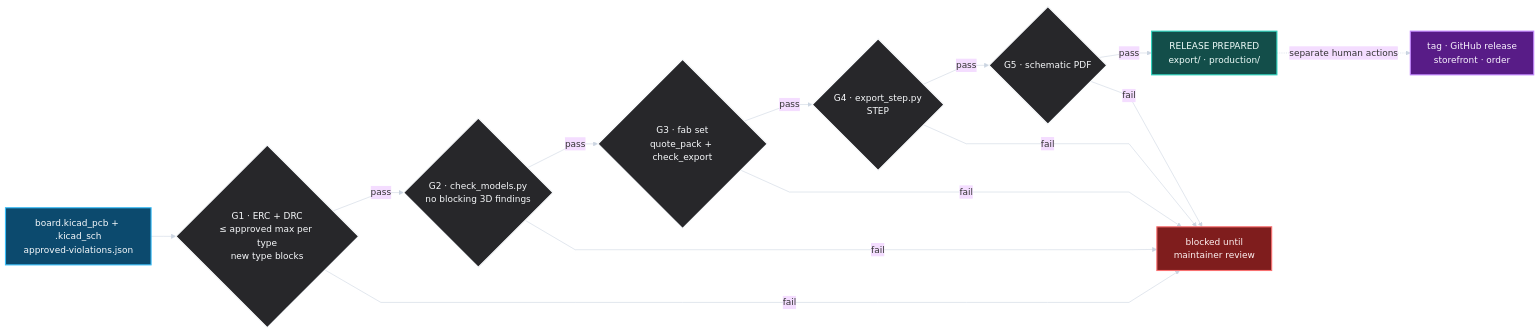
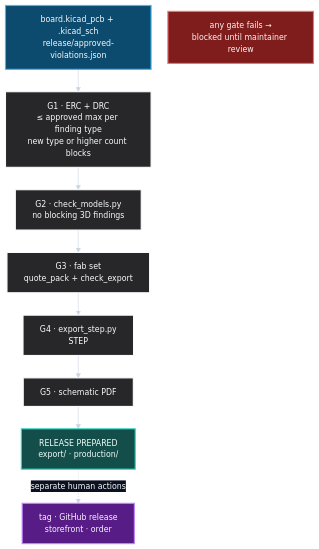
The third of 7 diagrams in OVERVIEW.md (incutec-org/hardware-tooling), drawn with Mermaid before and after one commit. The commit also changed other lines of this file, not shown here.

````diff
--- a/OVERVIEW.md
+++ b/OVERVIEW.md
@@ -130,30 +124,26 @@
 ```mermaid
-%%{init: {"theme": "base", "themeVariables": {"background": "#0b1120", "lineColor": "#cbd5e1", "fontFamily": "Inter, ui-sans-serif, system-ui"}, "flowchart": {"curve": "linear", "nodeSpacing": 26, "rankSpacing": 44}}}%%
-flowchart LR
-    IN["board.kicad_pcb + .kicad_sch<br/>approved-violations.json"]
-    IN --> G1{"G1 · ERC + DRC<br/>≤ approved max per type<br/>new type blocks"}
-    G1 -->|"pass"| G2{"G2 · check_models.py<br/>no blocking 3D findings"}
-    G2 -->|"pass"| G3{"G3 · fab set<br/>quote_pack + check_export"}
-    G3 -->|"pass"| G4{"G4 · export_step.py<br/>STEP"}
-    G4 -->|"pass"| G5{"G5 · schematic PDF"}
-    G5 -->|"pass"| PREP["RELEASE PREPARED<br/>export/ · production/"]
+%%{init: {"theme": "base", "themeVariables": {"background": "#0b1120", "lineColor": "#cbd5e1", "primaryTextColor": "#f8fafc", "edgeLabelBackground": "#0b1120", "fontSize": "14px"}, "flowchart": {"curve": "linear", "nodeSpacing": 30, "rankSpacing": 40}}}%%
+flowchart TB
+    IN["board.kicad_pcb + .kicad_sch<br/>release/approved-violations.json"]
+    IN --> G1["G1 · ERC + DRC<br/>≤ approved max per finding type<br/>new type or higher count blocks"]
+    G1 --> G2["G2 · check_models.py<br/>no blocking 3D findings"]
+    G2 --> G3["G3 · fab set<br/>quote_pack + check_export"]
+    G3 --> G4["G4 · export_step.py<br/>STEP"]
+    G4 --> G5["G5 · schematic PDF"]
+    G5 --> PREP["RELEASE PREPARED<br/>export/ · production/"]
     PREP -.->|"separate human actions"| PUB["tag · GitHub release<br/>storefront · order"]
 
-    G1 -->|"fail"| STOP["blocked until<br/>maintainer review"]
-    G2 -->|"fail"| STOP
-    G3 -->|"fail"| STOP
-    G4 -->|"fail"| STOP
-    G5 -->|"fail"| STOP
+    STOP["any gate fails →<br/>blocked until maintainer review"]
 
     classDef input fill:#0c4a6e,stroke:#38bdf8,color:#f8fafc,stroke-width:2px;
     classDef gate fill:#27272a,stroke:#f8fafc,color:#f8fafc,stroke-width:2px;
     classDef out fill:#134e4a,stroke:#2dd4bf,color:#f0fdfa,stroke-width:2px;
     classDef human fill:#581c87,stroke:#c084fc,color:#faf5ff,stroke-width:2px;
     classDef fail fill:#7f1d1d,stroke:#f87171,color:#fef2f2,stroke-width:2px;
 
     class IN input;
     class G1,G2,G3,G4,G5 gate;
     class PREP out;
     class PUB human;
     class STOP fail;
 ```
````
